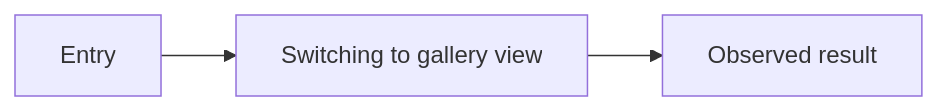
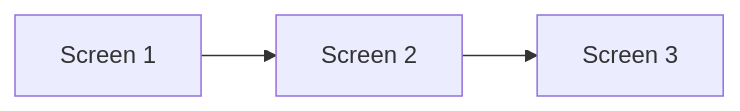
Before and after one commit to Dev-Corgi/Notes-Clone: the diagram in docs/apple-notes/flows/switching-to-gallery-view/README.md, drawn with Mermaid. The commit also changed other lines of this file and 69 other files, not shown here.

Commit message:
docs: verify Notes navigation and note flows

````diff
--- a/docs/apple-notes/flows/switching-to-gallery-view/README.md
+++ b/docs/apple-notes/flows/switching-to-gallery-view/README.md
@@ -9,5 +10,8 @@
 ```mermaid
 flowchart LR
-  A[Entry] --> B[Switching to gallery view]
-  B --> C[Observed result]
+  S1[Screen 1]
+  S2[Screen 2]
+  S3[Screen 3]
+  S1 --> S2
+  S2 --> S3
 ```
````
